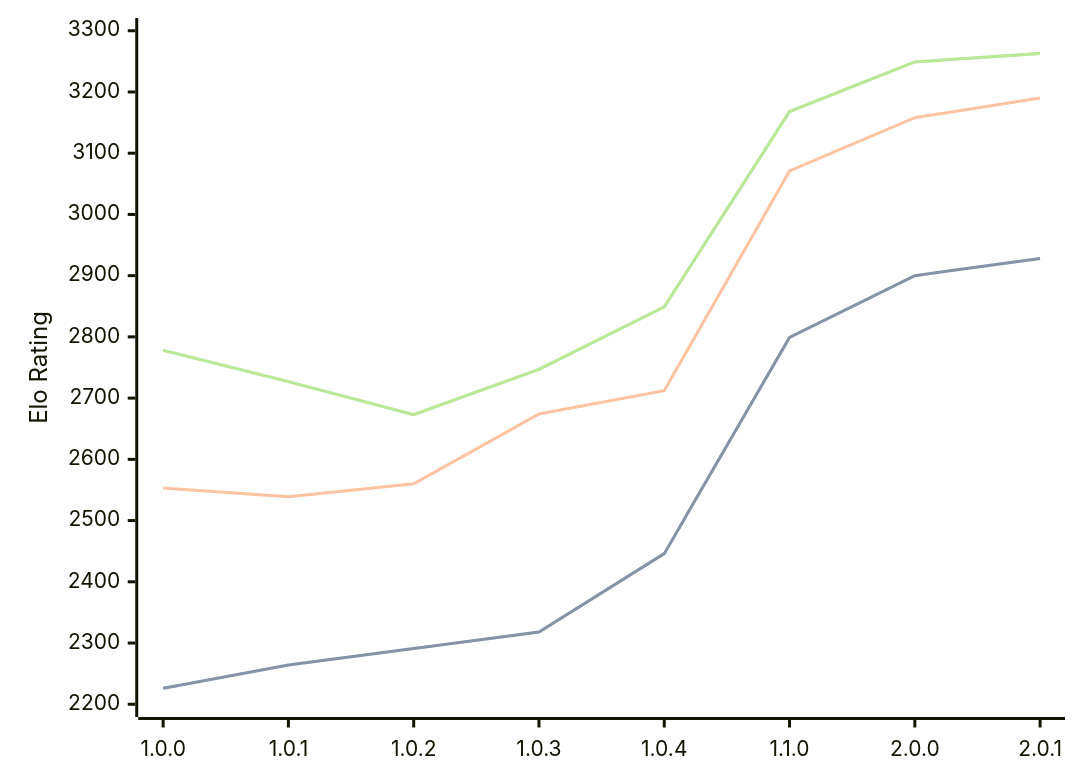
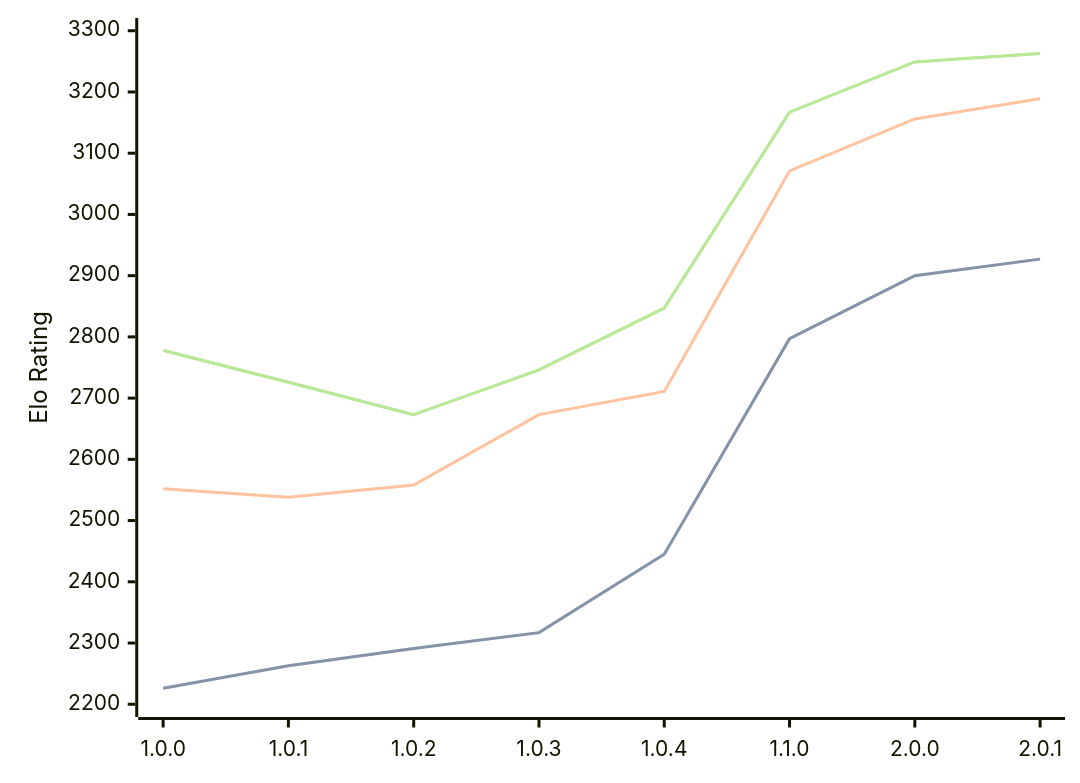
One commit to computer-chess-index/cci changed the third of 3 diagrams in engines/Grail.md. Above: the diagram before and after it, drawn with Mermaid. The commit also changed other lines of this file, not shown here.

Commit message:
Update CCI Ratings (ELO VLTC) - 2026-07-15

````diff
--- a/engines/Grail.md
+++ b/engines/Grail.md
@@ -71,11 +71,11 @@
 ```mermaid
 %%{init: {"theme":"base","themeVariables":{"seriesColors:['#a3a3a3','#222221','#faa371']}}}%%
 xychart-beta
   x-axis ["1.0.0", "1.0.1", "1.0.2", "1.0.3", "1.0.4", "1.1.0", "2.0.0", "2.0.1"]
   y-axis "Elo Rating" 2200 --> 3300
-  line "STC (8.0+0.08s)" [2226, 2264, 2291, 2318, 2446, 2799, 2900, 2928]
-  line "STC (8.0+0.08s)" [2226, 2264, 2291, 2318, 2446, 2799, 2900, 2928]
-  line "LTC (60.0+0.60s)" [2553, 2539, 2560, 2674, 2712, 3071, 3158, 3190]
-  line "VLTC (2m24s+1.12s)" [2778, 2727, 2673, 2747, 2849, 3168, 3249, 3263]
-  line "VLTC (2m24s+1.12s)" [2778, 2727, 2673, 2747, 2849, 3168, 3249, 3263]
+  line "STC (8.0+0.08s)" [2226, 2263, 2291, 2317, 2445, 2797, 2900, 2927]
+  line "STC (8.0+0.08s)" [2226, 2263, 2291, 2317, 2445, 2797, 2900, 2927]
+  line "LTC (60.0+0.60s)" [2552, 2538, 2558, 2673, 2711, 3071, 3156, 3189]
+  line "VLTC (2m24s+1.12s)" [2778, 2726, 2673, 2746, 2847, 3167, 3249, 3263]
+  line "VLTC (2m24s+1.12s)" [2778, 2726, 2673, 2746, 2847, 3167, 3249, 3263]
 ```
````
